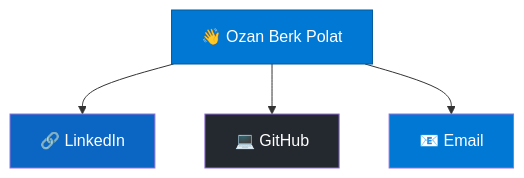
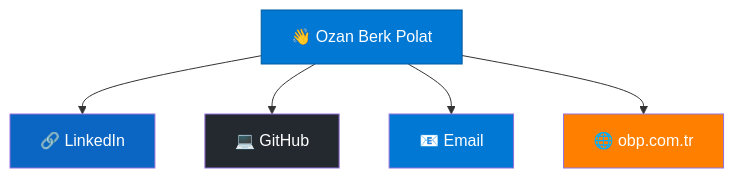
Before and after one commit to ozanberkpolat/ozanberkpolat.github.io: the second of 3 diagrams in _tabs/about.md, drawn with Mermaid.

Commit message:
feat: add obp.com.tr link to About page connect section

````diff
--- a/_tabs/about.md
+++ b/_tabs/about.md
@@ -251,22 +251,26 @@
 ```mermaid
 flowchart TB
 
     A["👋 Ozan Berk Polat"]
 
     B["🔗 LinkedIn"]
     C["💻 GitHub"]
     D["📧 Email"]
+    E["🌐 obp.com.tr"]
 
     A --> B
     A --> C
     A --> D
+    A --> E
 
     click B "https://www.linkedin.com/in/ozan-berk-polat/" "Open LinkedIn Profile"
     click C "https://github.com/ozanberkpolat" "Visit My GitHub"
     click D "mailto:ozanberkplt@gmail.com" "Send me an Email"
+    click E "https://obp.com.tr" "Visit My Website"
 
     style A fill:#0078D4,color:#fff,stroke:#005A9E
     style B fill:#0A66C2,color:#fff
     style C fill:#24292F,color:#fff
     style D fill:#0078D4,color:#fff
+    style E fill:#ff8000,color:#fff
 ```
````
